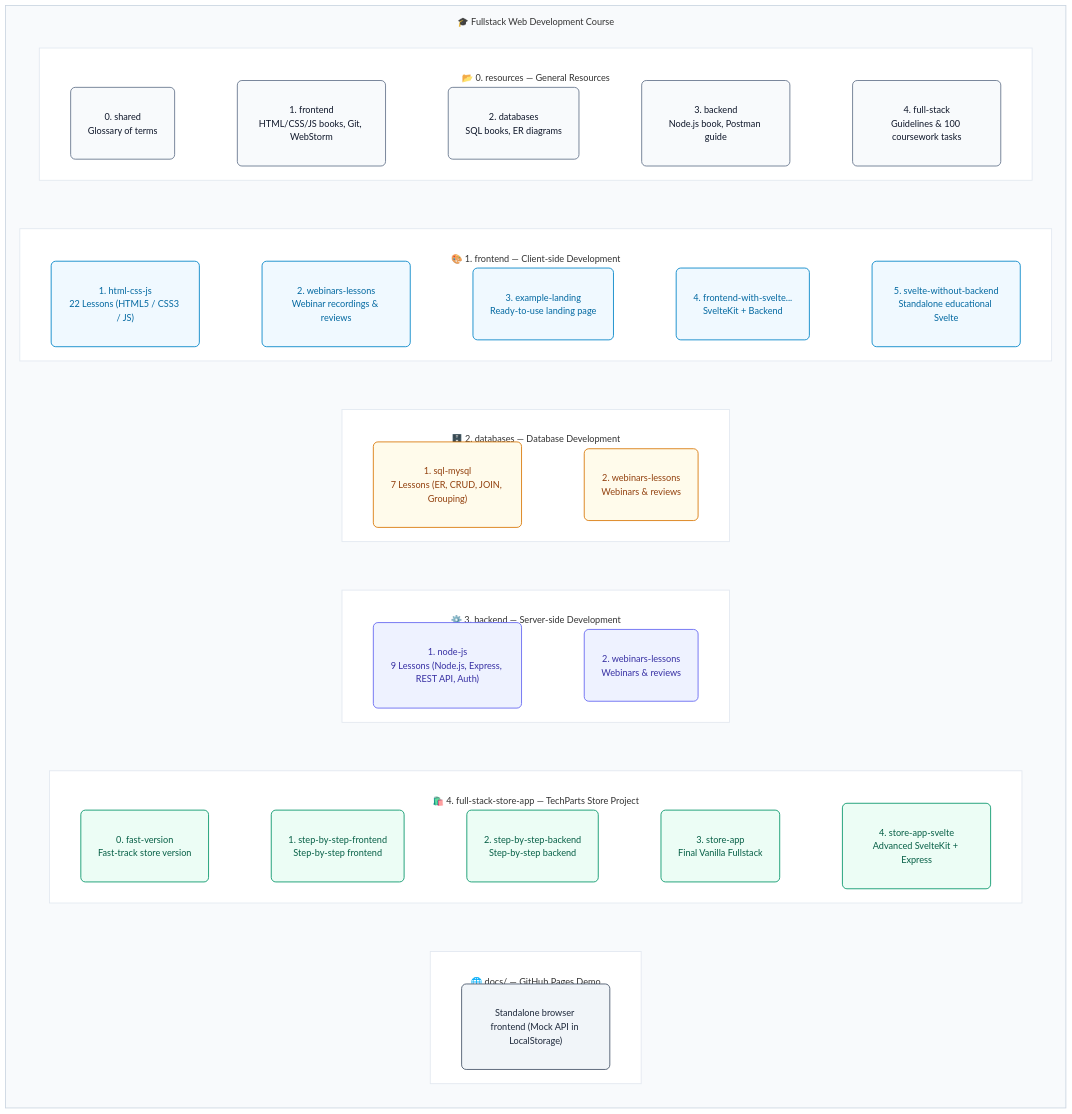
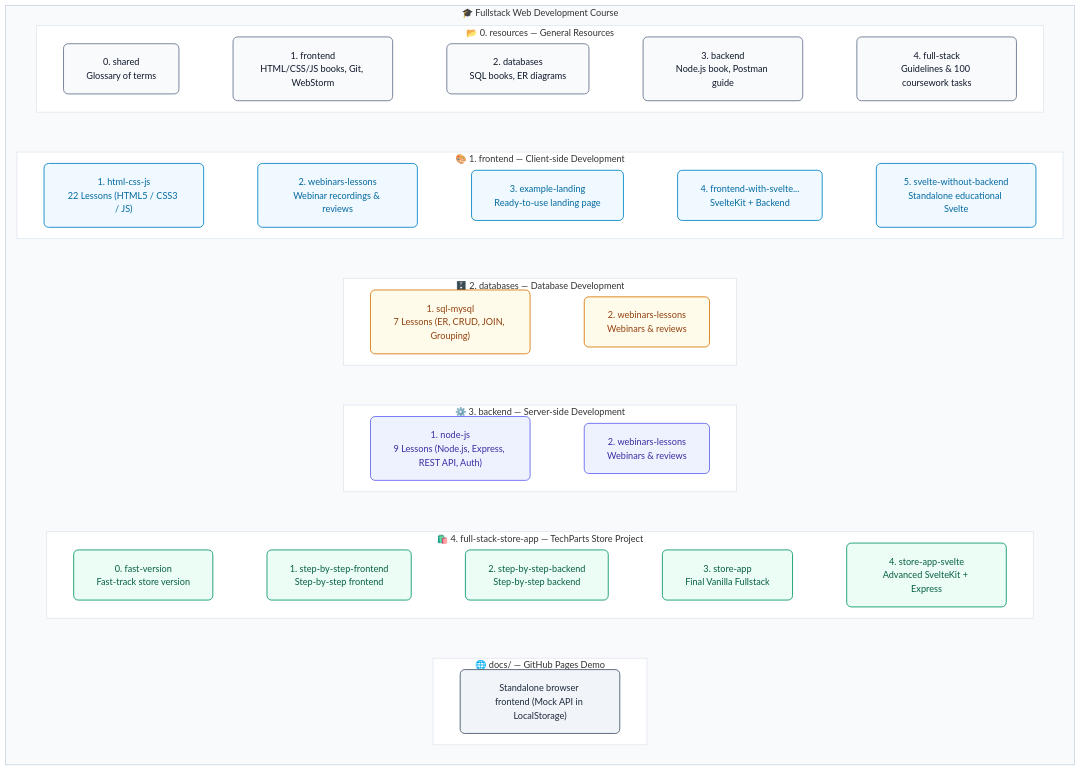
The first of 2 diagrams in README.md (mrsky1001/fullstack-web-development-course), drawn with Mermaid before and after one commit. The commit also changed other lines of this file and 1 other file, not shown here.

Commit message:
refactor: standardize mermaid diagram node styling by removing excessive padding and applying inline spans

````diff
--- a/README.md
+++ b/README.md
@@ -146,55 +146,55 @@
 ```mermaid
-%%{init: {'flowchart': {'rankSpacing': 60, 'nodeSpacing': 30, 'subGraphTitleMargin': {'top': 16, 'bottom': 16}}}}%%
+%%{init: {'flowchart': {'rankSpacing': 45, 'nodeSpacing': 20, 'padding': 20}}}%%
 flowchart TD
     subgraph ROOT["🎓 Fullstack Web Development Course"]
         direction TB
 
-        subgraph RES["<br/>📂 0. resources — General Resources<br/>&nbsp;"]
+        subgraph RES["📂 0. resources — General Resources"]
             direction LR
-            R0["&nbsp;<br/>0. shared<br/>Glossary of terms<br/>&nbsp;"]
-            R1["&nbsp;<br/>1. frontend<br/>HTML/CSS/JS books, Git, WebStorm<br/>&nbsp;"]
-            R2["&nbsp;<br/>2. databases<br/>SQL books, ER diagrams<br/>&nbsp;"]
-            R3["&nbsp;<br/>3. backend<br/>Node.js book, Postman guide<br/>&nbsp;"]
-            R4["&nbsp;<br/>4. full-stack<br/>Guidelines & 100 coursework tasks<br/>&nbsp;"]
+            R0["<span style='display:inline-block; text-decoration:none;'>0. shared<br/>Glossary of terms</span>"]
+            R1["<span style='display:inline-block; text-decoration:none;'>1. frontend<br/>HTML/CSS/JS books, Git, WebStorm</span>"]
+            R2["<span style='display:inline-block; text-decoration:none;'>2. databases<br/>SQL books, ER diagrams</span>"]
+            R3["<span style='display:inline-block; text-decoration:none;'>3. backend<br/>Node.js book, Postman guide</span>"]
+            R4["<span style='display:inline-block; text-decoration:none;'>4. full-stack<br/>Guidelines & 100 coursework tasks</span>"]
             R0 ~~~ R1 ~~~ R2 ~~~ R3 ~~~ R4
         end
 
-        subgraph MOD1["<br/>🎨 1. frontend — Client-side Development<br/>&nbsp;"]
+        subgraph MOD1["🎨 1. frontend — Client-side Development"]
             direction LR
-            F1["&nbsp;<br/>1. html-css-js<br/>22 Lessons (HTML5 / CSS3 / JS)<br/>&nbsp;"]
-            F2["&nbsp;<br/>2. webinars-lessons<br/>Webinar recordings & reviews<br/>&nbsp;"]
-            F3["&nbsp;<br/>3. example-landing<br/>Ready-to-use landing page<br/>&nbsp;"]
-            F4["&nbsp;<br/>4. frontend-with-svelte...<br/>SvelteKit + Backend<br/>&nbsp;"]
-            F5["&nbsp;<br/>5. svelte-without-backend<br/>Standalone educational Svelte<br/>&nbsp;"]
+            F1["<span style='display:inline-block; text-decoration:none;'>1. html-css-js<br/>22 Lessons (HTML5 / CSS3 / JS)</span>"]
+            F2["<span style='display:inline-block; text-decoration:none;'>2. webinars-lessons<br/>Webinar recordings & reviews</span>"]
+            F3["<span style='display:inline-block; text-decoration:none;'>3. example-landing<br/>Ready-to-use landing page</span>"]
+            F4["<span style='display:inline-block; text-decoration:none;'>4. frontend-with-svelte...<br/>SvelteKit + Backend</span>"]
+            F5["<span style='display:inline-block; text-decoration:none;'>5. svelte-without-backend<br/>Standalone educational Svelte</span>"]
             F1 ~~~ F2 ~~~ F3 ~~~ F4 ~~~ F5
         end
 
-        subgraph MOD2["<br/>🗄️ 2. databases — Database Development<br/>&nbsp;"]
+        subgraph MOD2["🗄️ 2. databases — Database Development"]
             direction LR
-            D1["&nbsp;<br/>1. sql-mysql<br/>7 Lessons (ER, CRUD, JOIN, Grouping)<br/>&nbsp;"]
-            D2["&nbsp;<br/>2. webinars-lessons<br/>Webinars & reviews<br/>&nbsp;"]
+            D1["<span style='display:inline-block; text-decoration:none;'>1. sql-mysql<br/>7 Lessons (ER, CRUD, JOIN, Grouping)</span>"]
+            D2["<span style='display:inline-block; text-decoration:none;'>2. webinars-lessons<br/>Webinars & reviews</span>"]
             D1 ~~~ D2
         end
 
-        subgraph MOD3["<br/>⚙️ 3. backend — Server-side Development<br/>&nbsp;"]
+        subgraph MOD3["⚙️ 3. backend — Server-side Development"]
             direction LR
-            B1["&nbsp;<br/>1. node-js<br/>9 Lessons (Node.js, Express, REST API, Auth)<br/>&nbsp;"]
-            B2["&nbsp;<br/>2. webinars-lessons<br/>Webinars & reviews<br/>&nbsp;"]
+            B1["<span style='display:inline-block; text-decoration:none;'>1. node-js<br/>9 Lessons (Node.js, Express, REST API, Auth)</span>"]
+            B2["<span style='display:inline-block; text-decoration:none;'>2. webinars-lessons<br/>Webinars & reviews</span>"]
             B1 ~~~ B2
         end
 
-        subgraph MOD4["<br/>🛍️ 4. full-stack-store-app — TechParts Store Project<br/>&nbsp;"]
+        subgraph MOD4["🛍️ 4. full-stack-store-app — TechParts Store Project"]
             direction LR
-            S0["&nbsp;<br/>0. fast-version<br/>Fast-track store version<br/>&nbsp;"]
-            S1["&nbsp;<br/>1. step-by-step-frontend<br/>Step-by-step frontend<br/>&nbsp;"]
-            S2["&nbsp;<br/>2. step-by-step-backend<br/>Step-by-step backend<br/>&nbsp;"]
-            S3["&nbsp;<br/>3. store-app<br/>Final Vanilla Fullstack<br/>&nbsp;"]
-            S4["&nbsp;<br/>4. store-app-svelte<br/>Advanced SvelteKit + Express<br/>&nbsp;"]
+            S0["<span style='display:inline-block; text-decoration:none;'>0. fast-version<br/>Fast-track store version</span>"]
+            S1["<span style='display:inline-block; text-decoration:none;'>1. step-by-step-frontend<br/>Step-by-step frontend</span>"]
+            S2["<span style='display:inline-block; text-decoration:none;'>2. step-by-step-backend<br/>Step-by-step backend</span>"]
+            S3["<span style='display:inline-block; text-decoration:none;'>3. store-app<br/>Final Vanilla Fullstack</span>"]
+            S4["<span style='display:inline-block; text-decoration:none;'>4. store-app-svelte<br/>Advanced SvelteKit + Express</span>"]
             S0 ~~~ S1 ~~~ S2 ~~~ S3 ~~~ S4
         end
 
-        subgraph DOCS["<br/>🌐 docs/ — GitHub Pages Demo<br/>&nbsp;"]
-            DOC["&nbsp;<br/>Standalone browser frontend (Mock API in LocalStorage)<br/>&nbsp;"]
+        subgraph DOCS["🌐 docs/ — GitHub Pages Demo"]
+            DOC["<span style='display:inline-block; text-decoration:none;'>Standalone browser frontend (Mock API in LocalStorage)</span>"]
         end
 
         RES ~~~ MOD1 ~~~ MOD2 ~~~ MOD3 ~~~ MOD4 ~~~ DOCS
````
